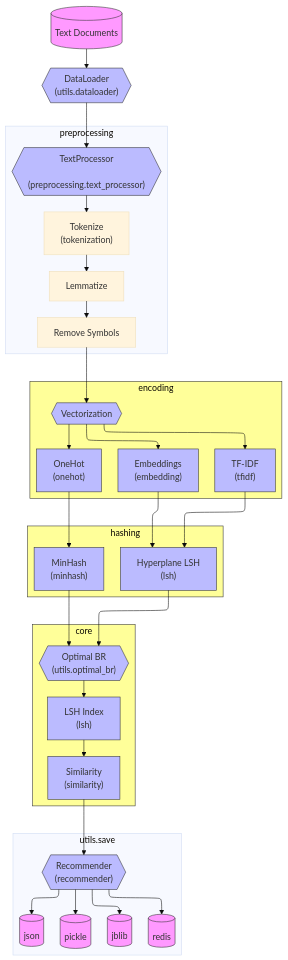
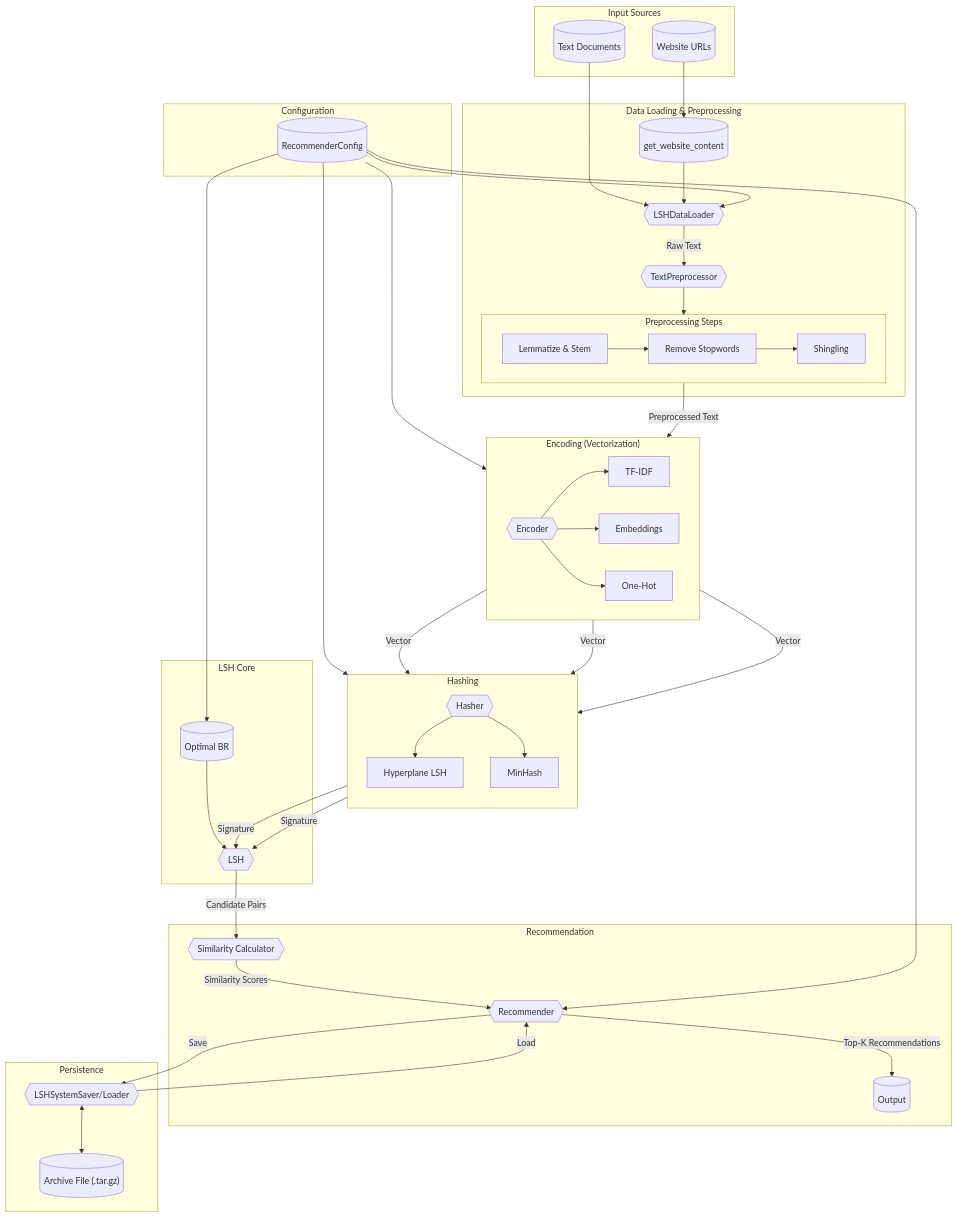
The second of 2 diagrams in docs/architecture.md (mxngjxa/lshrs), drawn with Mermaid before and after one commit. The commit also changed other lines of this file and 1 other file, not shown here.

Commit message:
graphs updated

````diff
--- a/docs/architecture.md
+++ b/docs/architecture.md
@@ -1,73 +101,95 @@
 ```mermaid
 ---
 config:
-  layout: elk
-  theme: base
+  layout: dagre
 ---
 flowchart TD
-
-    A[("Text Documents")] --> B{{"DataLoader\n(utils.dataloader)"}}
-
-    B --> C{{"TextProcessor
-    (preprocessing.text_processor)"}}
-
-    subgraph Preprocessing[preprocessing]
-        direction TB
-        C --> C1["Tokenize
-        (tokenization)"]
-        C1 --> C2["Lemmatize"]
-        C2 --> C3["Remove Symbols"]
+    subgraph "Input Sources"
+        A[("Text Documents")]
+        B[("Website URLs")]
     end
 
-    C3 --> D{{"Vectorization"}}
-
-    subgraph Encoding[encoding]
-        direction LR
-        D --> E1["TF-IDF
-        (tfidf)"]
-        D --> E2["Embeddings
-        (embedding)"]
-        D --> E3["OneHot
-        (onehot)"]
+    subgraph "Configuration"
+        C[("RecommenderConfig")]
     end
 
-    subgraph Hashing[hashing]
-        direction TB
-        E1 & E2 --> F1["Hyperplane LSH
-        (lsh)"]
-        E3 --> F2["MinHash
-        (minhash)"]
+    subgraph "Data Loading & Preprocessing"
+        D{{"LSHDataLoader"}}
+        E{{"TextPreprocessor"}}
+        F[("get_website_content")]
+
+        A --> D
+        B --> F --> D
+
+        D -- Raw Text --> E
+
+        subgraph "Preprocessing Steps"
+            direction LR
+            E1["Lemmatize & Stem"]
+            E2["Remove Stopwords"]
+            E3["Shingling"]
+        end
+
+        E --> E1 --> E2 --> E3
     end
 
-    F1 & F2 --> G{{"Optimal BR
-    (utils.optimal_br)"}}
-    
-    subgraph Core[core]
-        direction RL
-        G --> H1["LSH Index
-        (lsh)"]
-        H1 --> H2["Similarity
-        (similarity)"]
+    subgraph "Encoding (Vectorization)"
+        direction LR
+        G{{"Encoder"}}
+        H1["TF-IDF"]
+        H2["Embeddings"]
+        H3["One-Hot"]
+
+        E3 -- Preprocessed Text --> G
+        G --> H1
+        G --> H2
+        G --> H3
     end
 
-    H2 --> I{{"Recommender
-    (recommender)"}}
+    subgraph "Hashing"
+        direction TB
+        I{{"Hasher"}}
+        J1["Hyperplane LSH"]
+        J2["MinHash"]
 
-    subgraph Persistence[utils.save]
-        direction TB
-        I --> J1[("pickle")]
-        I --> J2[("jblib")]
-        I --> J3[("json")]
-        I --> J4[("redis")]
+        H1 -- Vector --> I
+        H2 -- Vector --> I
+        H3 -- Vector --> I
+
+        I --> J1
+        I --> J2
     end
 
-    classDef data fill:#f9f,stroke:#333
-    classDef process fill:#bbf,stroke:#333
-    classDef interface fill:#ff9,stroke:#333
-    class A,J1,J2,J3,J4 data
-    class B,C,D,E1,E2,E3,F1,F2,G,H1,H2,I process
-    class Core,Encoding,Hashing interface
+    subgraph "LSH Core"
+        K{{"LSH"}}
+        L[("Optimal BR")]
 
-    click B "https://github.com/yourrepo/lshrs/blob/main/src/lshrs/utils/dataloader.py" "DataLoader source"
-    click C "https://github.com/yourrepo/lshrs/blob/main/src/lshrs/preprocessing/text_processor.py" "TextProcessor source"
+        J1 -- Signature --> K
+        J2 -- Signature --> K
+        L --> K
+    end
+
+    subgraph "Recommendation"
+        M{{"Similarity Calculator"}}
+        N{{"Recommender"}}
+
+        K -- Candidate Pairs --> M
+        M -- Similarity Scores --> N
+        N -- Top-K Recommendations --> O[("Output")]
+    end
+
+    subgraph "Persistence"
+        P{{"LSHSystemSaver/Loader"}}
+        Q[("Archive File (.tar.gz)")]
+
+        N -- Save --> P
+        P -- Load --> N
+        P <--> Q
+    end
+
+    C --> D
+    C --> G
+    C --> I
+    C --> L
+    C --> N
 ```
````
